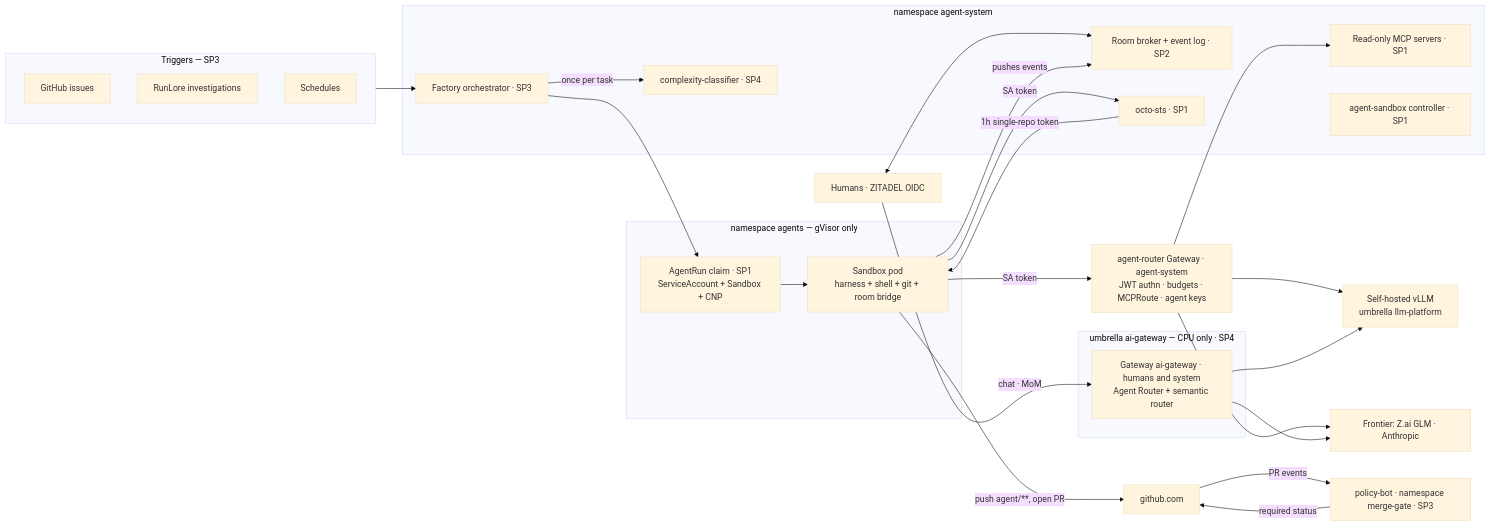
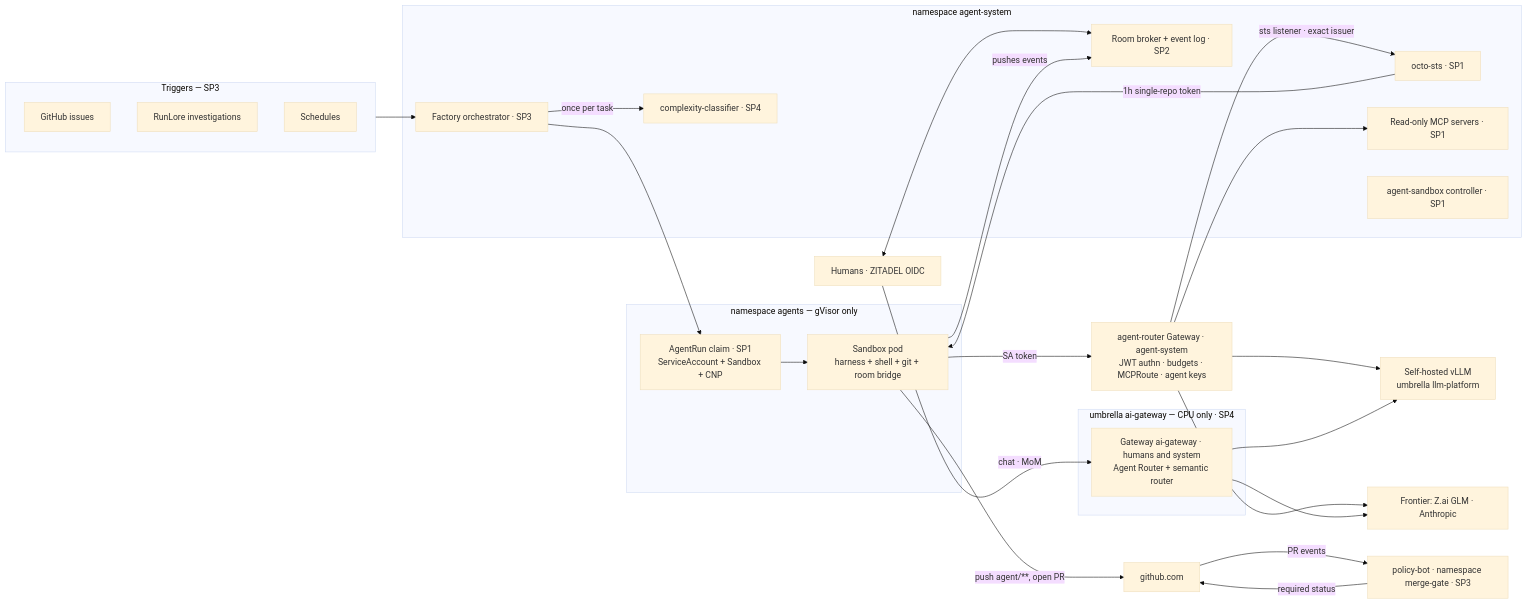
Before and after one commit to Smana/cloud-native-ref: the diagram in docs/superpowers/specs/2026-09-23-agent-factory-design.md, drawn with Mermaid (base theme). The commit also changed other lines of this file and 4 other files, not shown here.

First line of the commit message:
docs(superpowers): reach octo-sts only through agent-router's sts listener

````diff
--- a/docs/superpowers/specs/2026-09-23-agent-factory-design.md
+++ b/docs/superpowers/specs/2026-09-23-agent-factory-design.md
@@ -64,48 +64,48 @@
 ```mermaid
 flowchart LR
   subgraph TRIG["Triggers — SP3"]
     ISS[GitHub issues]
     RLI[RunLore investigations]
     SCH[Schedules]
   end
   HUM[Humans · ZITADEL OIDC]
 
   subgraph SYS["namespace agent-system"]
     FAC[Factory orchestrator · SP3]
     ROOM[Room broker + event log · SP2]
     STS[octo-sts · SP1]
     MCPS[Read-only MCP servers · SP1]
     ASC[agent-sandbox controller · SP1]
     CLS[complexity-classifier · SP4]
   end
 
   subgraph RUNS["namespace agents — gVisor only"]
     RUN[AgentRun claim · SP1<br/>ServiceAccount + Sandbox + CNP]
     SBX[Sandbox pod<br/>harness + shell + git + room bridge]
   end
 
   AGW[agent-router Gateway · agent-system<br/>JWT authn · budgets · MCPRoute · agent keys]
 
   subgraph GW["umbrella ai-gateway — CPU only · SP4"]
     LGW[Gateway ai-gateway · humans and system<br/>Agent Router + semantic router]
   end
   VLLM[Self-hosted vLLM<br/>umbrella llm-platform]
   FRONT[Frontier: Z.ai GLM · Anthropic]
   GH[github.com]
   PB[policy-bot · namespace merge-gate · SP3]
 
   TRIG --> FAC --> RUN --> SBX
   FAC -->|once per task| CLS
   HUM <--> ROOM
   SBX -->|pushes events| ROOM
   SBX -->|SA token| AGW
   AGW --> FRONT
   AGW --> VLLM
   AGW --> MCPS
   HUM -->|chat · MoM| LGW
   LGW --> VLLM
   LGW --> FRONT
-  SBX -->|SA token| STS -->|1h single-repo token| SBX
+  AGW -->|sts listener · exact issuer| STS -->|1h single-repo token| SBX
   SBX -->|push agent/**, open PR| GH
   GH -->|PR events| PB -->|required status| GH
 ```
````
